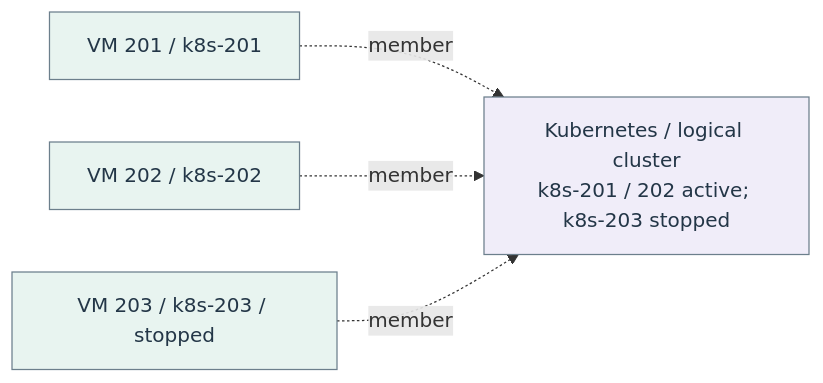
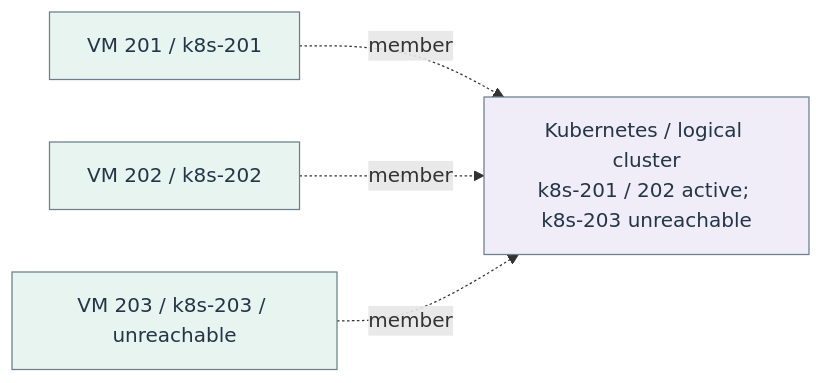
One commit to Harsh-2002/Homelab changed the diagram in docs/architecture/flow-8.mmd. Above: the diagram before and after it, drawn with Mermaid. The commit also changed 67 other files, not shown here.

```diff
--- a/docs/architecture/flow-8.mmd
+++ b/docs/architecture/flow-8.mmd
@@ -1,12 +1,12 @@
 flowchart LR
-  n_flow_8_0["Kubernetes / logical cluster<br/>k8s-201 / 202 active; k8s-203 stopped"]
+  n_flow_8_0["Kubernetes / logical cluster<br/>k8s-201 / 202 active; k8s-203 unreachable"]
   n_flow_8_1["VM 201 / k8s-201"]
   n_flow_8_2["VM 202 / k8s-202"]
-  n_flow_8_3["VM 203 / k8s-203 / stopped"]
+  n_flow_8_3["VM 203 / k8s-203 / unreachable"]
   n_flow_8_1 -.->|"member"| n_flow_8_0
   n_flow_8_2 -.->|"member"| n_flow_8_0
   n_flow_8_3 -.->|"member"| n_flow_8_0
   classDef c_flow_8_0 fill:#f0edf9,stroke:#6c7f8c,color:#233647;
   class n_flow_8_0 c_flow_8_0;
   classDef c_flow_8_1 fill:#e8f4f0,stroke:#6c7f8c,color:#233647;
   class n_flow_8_1,n_flow_8_2,n_flow_8_3 c_flow_8_1;
```
